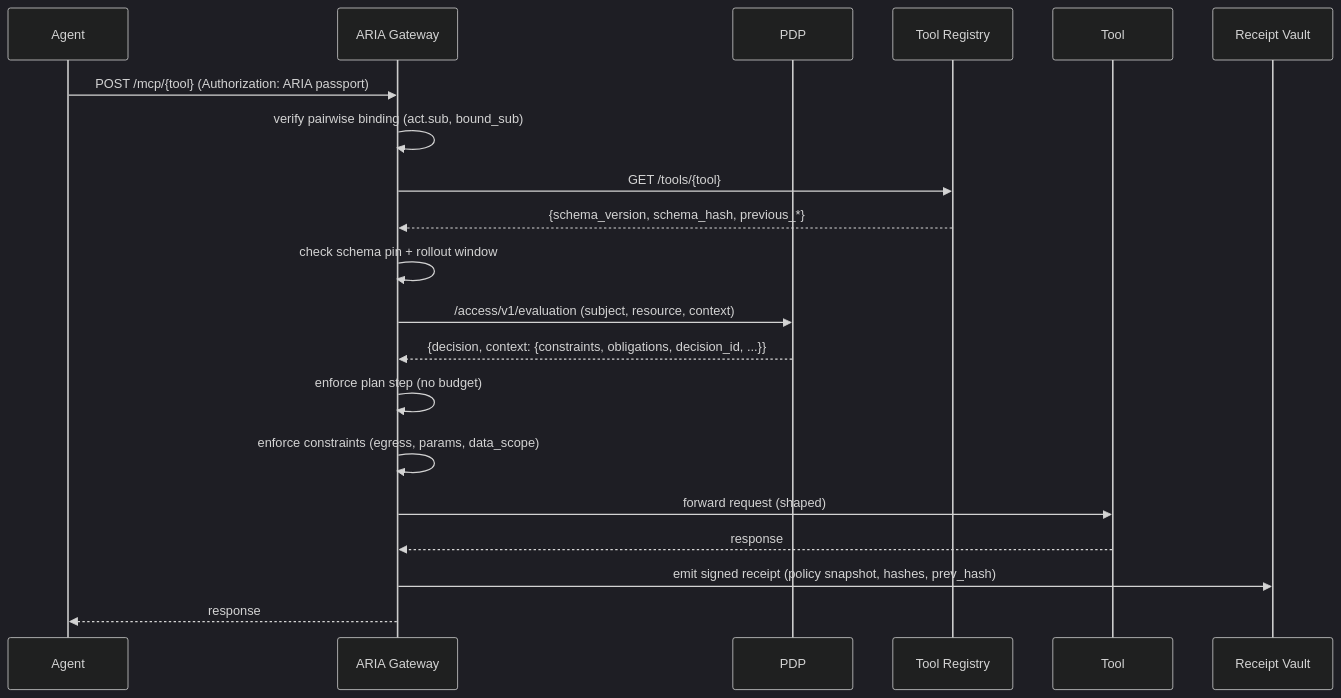
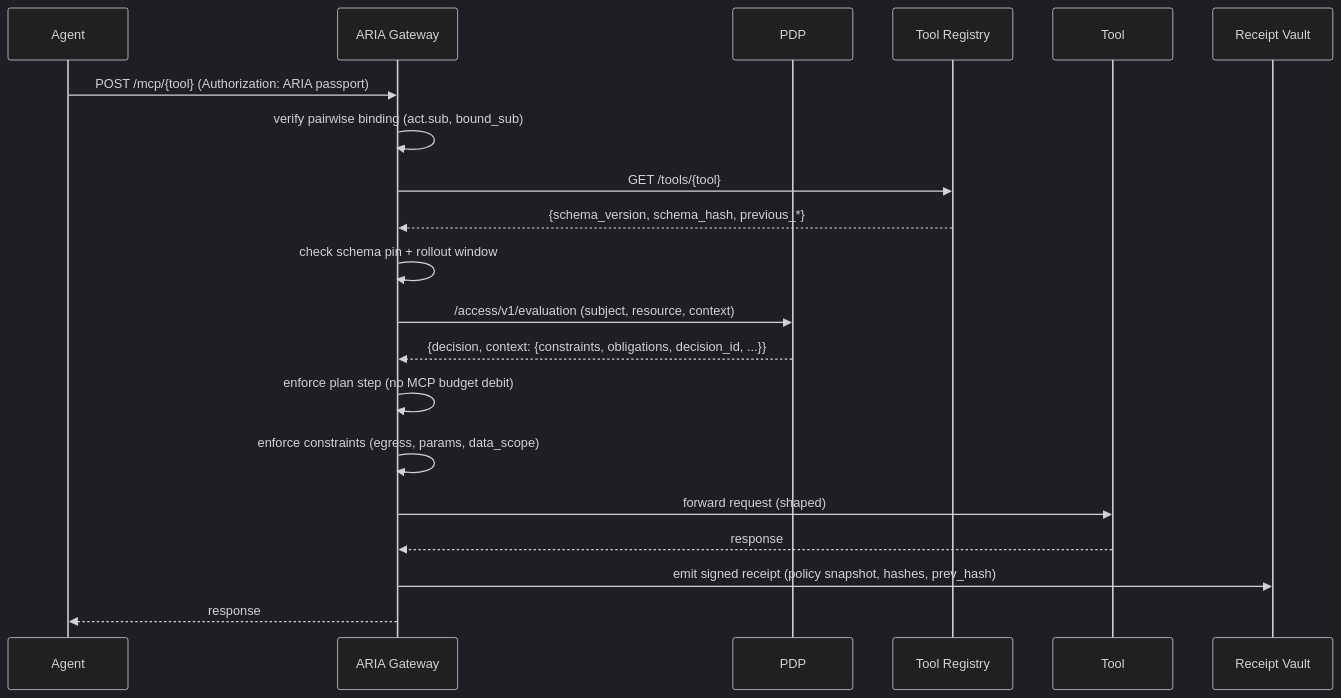
Before and after one commit to empowerID/empowernow_docs: the second of 3 diagrams in docs/source_content/________newdesign10.md, drawn with Mermaid (dark theme). The commit also changed other lines of this file and 33 other files, not shown here.

````diff
--- a/docs/source_content/________newdesign10.md
+++ b/docs/source_content/________newdesign10.md
@@ -55,23 +55,23 @@
 ```mermaid
 sequenceDiagram
   participant AG as Agent
   participant AR as ARIA Gateway
   participant PR as PDP
   participant TR as Tool Registry
   participant TL as Tool
   participant RV as Receipt Vault
 
   AG->>AR: POST /mcp/{tool} (Authorization: ARIA passport)
   AR->>AR: verify pairwise binding (act.sub, bound_sub)
   AR->>TR: GET /tools/{tool}
   TR-->>AR: {schema_version, schema_hash, previous_*}
   AR->>AR: check schema pin + rollout window
   AR->>PR: /access/v1/evaluation (subject, resource, context)
   PR-->>AR: {decision, context: {constraints, obligations, decision_id, ...}}
-  AR->>AR: enforce plan step (no budget)
+  AR->>AR: enforce plan step (no MCP budget debit)
   AR->>AR: enforce constraints (egress, params, data_scope)
   AR->>TL: forward request (shaped)
   TL-->>AR: response
   AR->>RV: emit signed receipt (policy snapshot, hashes, prev_hash)
   AR-->>AG: response
 ```
````
